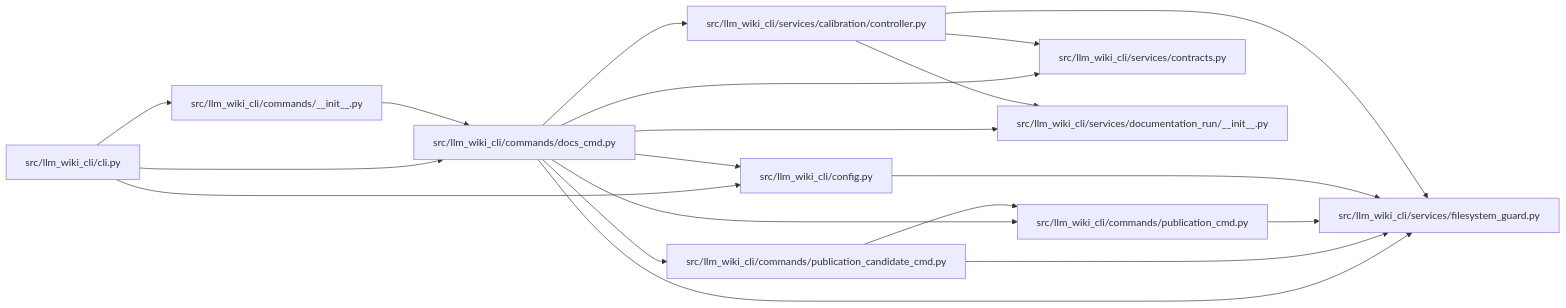
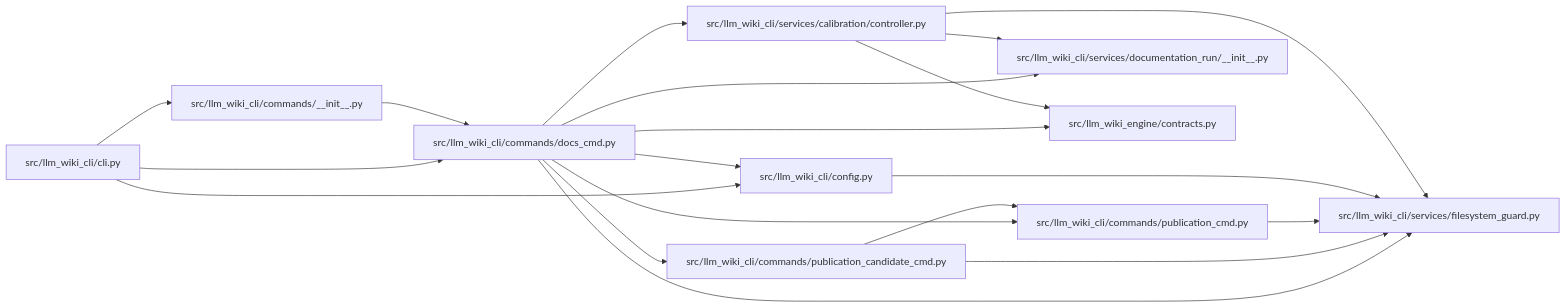
One commit to Denissvgn/python-wiki-llm changed the diagram in docs/llm_wiki/modules/docs_cmd.md. Above: the diagram before and after it, drawn with Mermaid. The commit also changed other lines of this file and 1103 other files, not shown here.

First line of the commit message:
docs: refresh the wiki for the llm-wiki-engine distribution

````diff
--- a/docs/llm_wiki/modules/docs_cmd.md
+++ b/docs/llm_wiki/modules/docs_cmd.md
@@ -29,41 +29,41 @@
 ```mermaid
 flowchart LR
     n0["src/llm_wiki_cli/cli.py"]
     n1["src/llm_wiki_cli/commands/__init__.py"]
     n2["src/llm_wiki_cli/commands/docs_cmd.py"]
     n3["src/llm_wiki_cli/commands/publication_candidate_cmd.py"]
     n4["src/llm_wiki_cli/commands/publication_cmd.py"]
     n5["src/llm_wiki_cli/config.py"]
     n6["src/llm_wiki_cli/services/calibration/controller.py"]
-    n7["src/llm_wiki_cli/services/contracts.py"]
-    n8["src/llm_wiki_cli/services/documentation_run/__init__.py"]
-    n9["src/llm_wiki_cli/services/filesystem_guard.py"]
+    n7["src/llm_wiki_cli/services/documentation_run/__init__.py"]
+    n8["src/llm_wiki_cli/services/filesystem_guard.py"]
+    n9["src/llm_wiki_engine/contracts.py"]
     n0 --> n1
     n0 --> n2
     n0 --> n5
     n1 --> n2
     n2 --> n3
     n2 --> n4
     n2 --> n5
     n2 --> n6
     n2 --> n7
     n2 --> n8
     n2 --> n9
     n3 --> n4
-    n3 --> n9
-    n4 --> n9
-    n5 --> n9
+    n3 --> n8
+    n4 --> n8
+    n5 --> n8
     n6 --> n7
     n6 --> n8
     n6 --> n9
     click n0 "../modules/cli.md"
     click n1 "../modules/commands___init__.md"
     click n2 "../modules/docs_cmd.md"
     click n3 "../modules/publication_candidate_cmd.md"
     click n4 "../modules/publication_cmd.md"
     click n5 "../modules/config.md"
     click n6 "../modules/controller.md"
-    click n7 "../modules/services_contracts.md"
-    click n8 "../modules/documentation_run___init__.md"
-    click n9 "../modules/filesystem_guard.md"
+    click n7 "../modules/documentation_run___init__.md"
+    click n8 "../modules/filesystem_guard.md"
+    click n9 "../modules/llm_wiki_engine_contracts.md"
 ```
````
